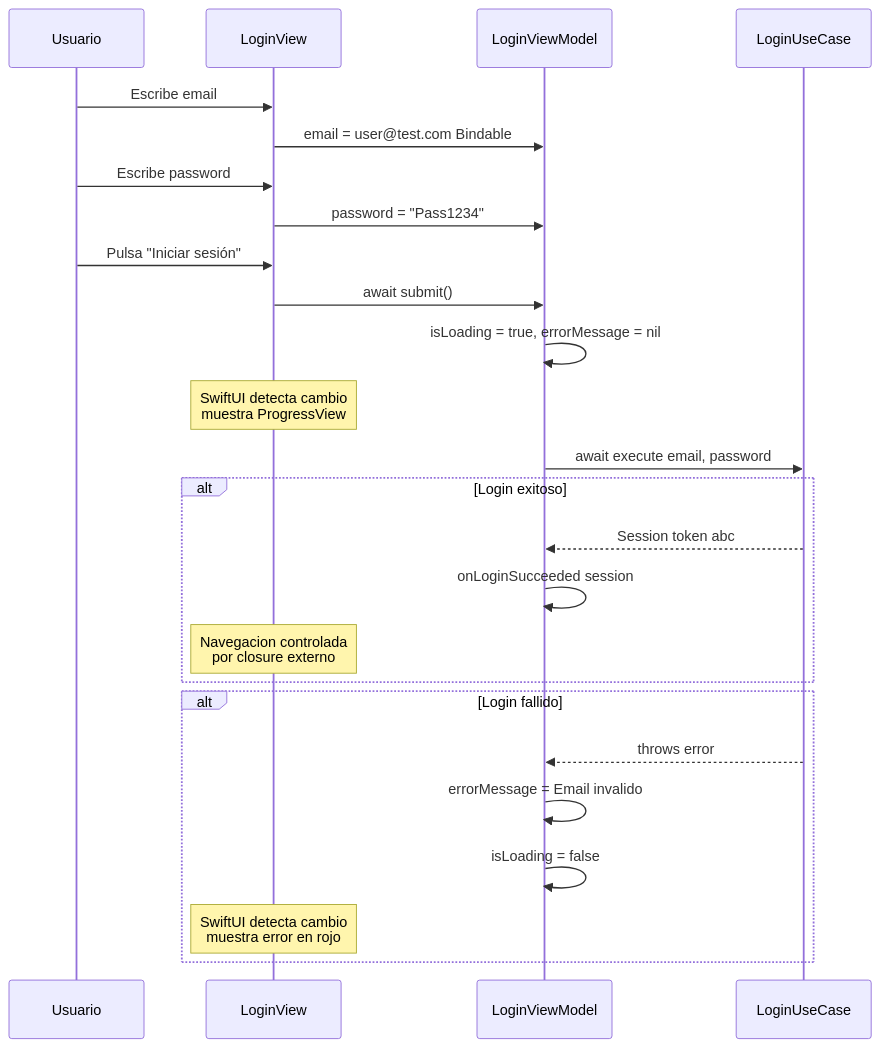
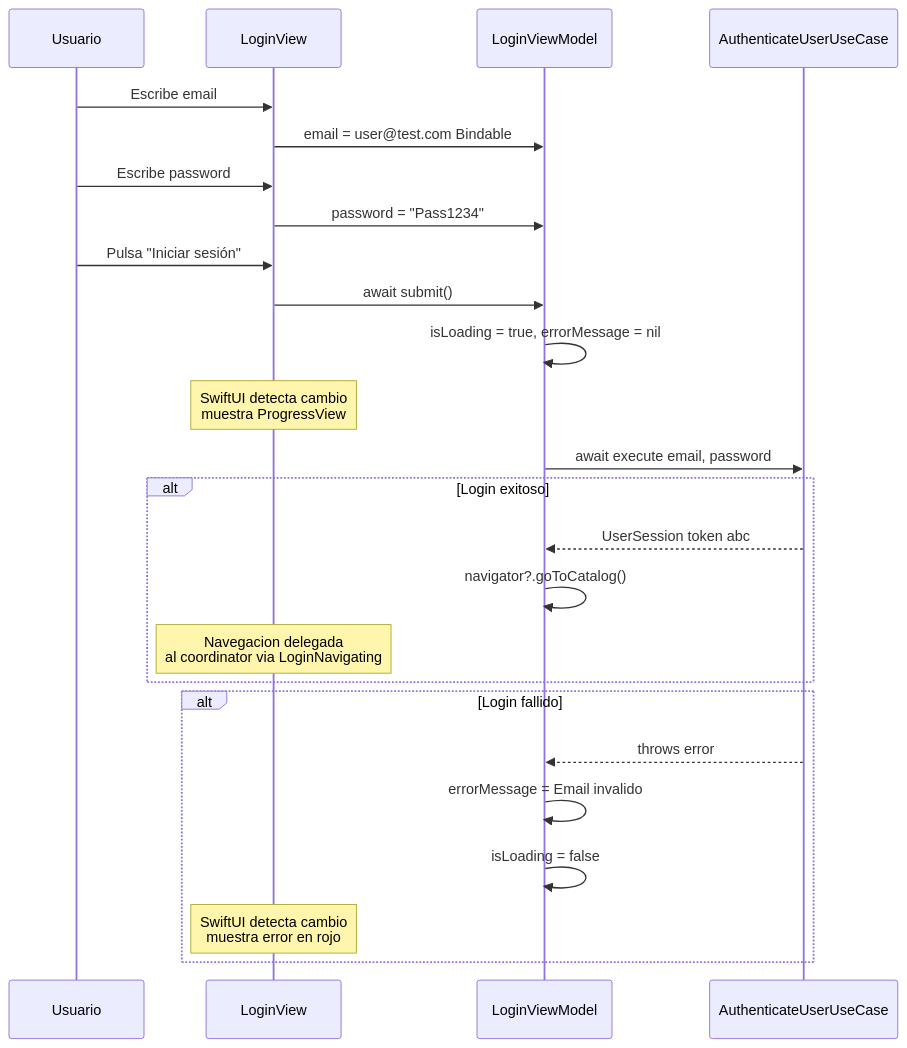
The first of 4 diagrams in 01-fundamentos/05-feature-login/04-interface-swiftui.md (SwiftEnProfundidad/stack-my-architecture-ios), drawn with Mermaid before and after one commit. The commit also changed other lines of this file and 50 other files, not shown here.

````diff
--- a/01-fundamentos/05-feature-login/04-interface-swiftui.md
+++ b/01-fundamentos/05-feature-login/04-interface-swiftui.md
@@ -21,34 +21,34 @@
 ```mermaid
 sequenceDiagram
     participant User as Usuario
     participant View as LoginView
     participant VM as LoginViewModel
-    participant UC as LoginUseCase
+    participant UC as AuthenticateUserUseCase
 
     User->>View: Escribe email
     View->>VM: email = user@test.com Bindable
     
     User->>View: Escribe password
     View->>VM: password = "Pass1234"
     
     User->>View: Pulsa "Iniciar sesión"
     View->>VM: await submit()
     
     VM->>VM: isLoading = true, errorMessage = nil
     Note over View: SwiftUI detecta cambio<br/>muestra ProgressView
     
     VM->>UC: await execute email, password
     
     alt Login exitoso
-        UC-->>VM: Session token abc
-        VM->>VM: onLoginSucceeded session
-        Note over View: Navegacion controlada<br/>por closure externo
+        UC-->>VM: UserSession token abc
+        VM->>VM: navigator?.goToCatalog()
+        Note over View: Navegacion delegada<br/>al coordinator via LoginNavigating
     end
     
     alt Login fallido
         UC-->>VM: throws error
         VM->>VM: errorMessage = Email invalido
         VM->>VM: isLoading = false
         Note over View: SwiftUI detecta cambio<br/>muestra error en rojo
     end
 ```
````
